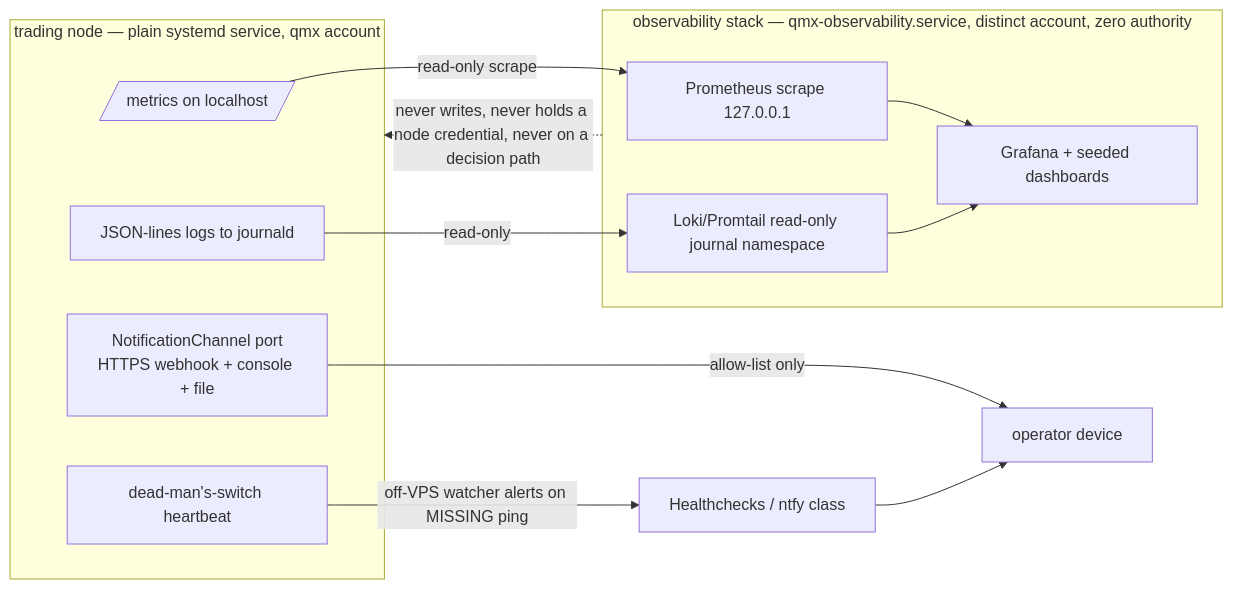
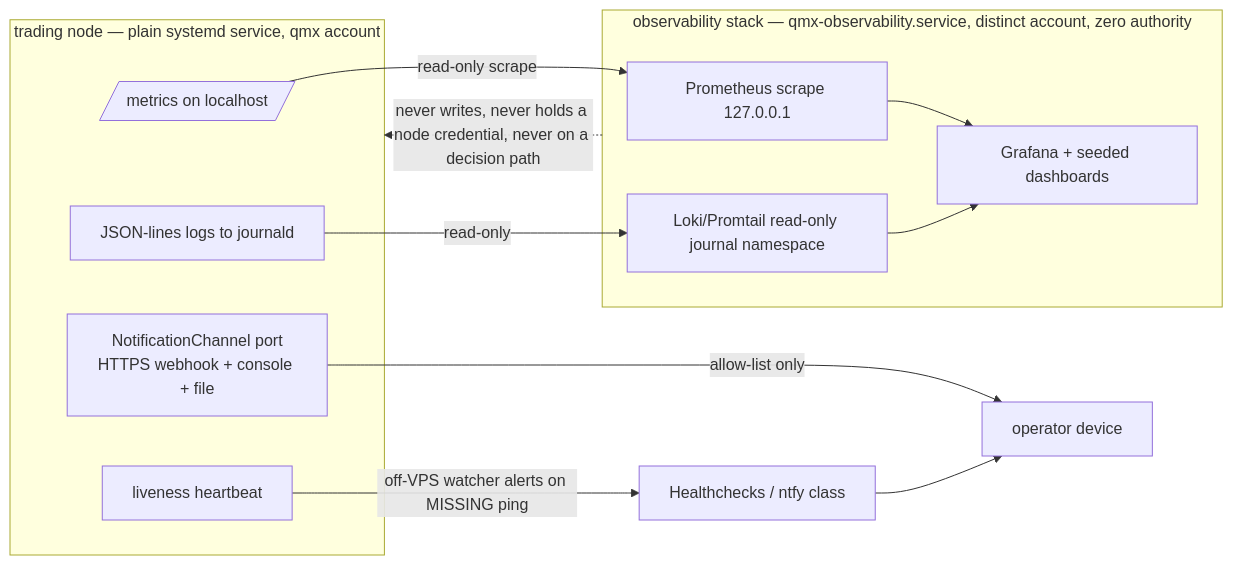
One commit to MubarakHimself/QMX changed the second of 4 diagrams in docs/components/trading-node.md. Above: the diagram before and after it, drawn with Mermaid. The commit also changed other lines of this file and 22 other files, not shown here.

````diff
--- a/docs/components/trading-node.md
+++ b/docs/components/trading-node.md
@@ -255,22 +257,22 @@
 ```mermaid
 flowchart LR
   subgraph node [trading node — plain systemd service, qmx account]
     METRICS[/metrics on localhost/]
     LOGS[JSON-lines logs to journald]
     PUSH[NotificationChannel port<br/>HTTPS webhook + console + file]
-    HB[dead-man's-switch heartbeat]
+    HB[liveness heartbeat]
   end
   subgraph stack [observability stack — qmx-observability.service, distinct account, zero authority]
     PROM[Prometheus scrape 127.0.0.1]
     GRAF[Grafana + seeded dashboards]
     LOKI[Loki/Promtail read-only journal namespace]
   end
   METRICS -->|read-only scrape| PROM
   LOGS -->|read-only| LOKI
   PROM --> GRAF
   LOKI --> GRAF
   PUSH -->|allow-list only| OPDEV[operator device]
   HB -->|off-VPS watcher alerts on MISSING ping| WATCH[Healthchecks / ntfy class]
   WATCH --> OPDEV
   stack -. never writes, never holds a node credential, never on a decision path .-> node
 ```
````
